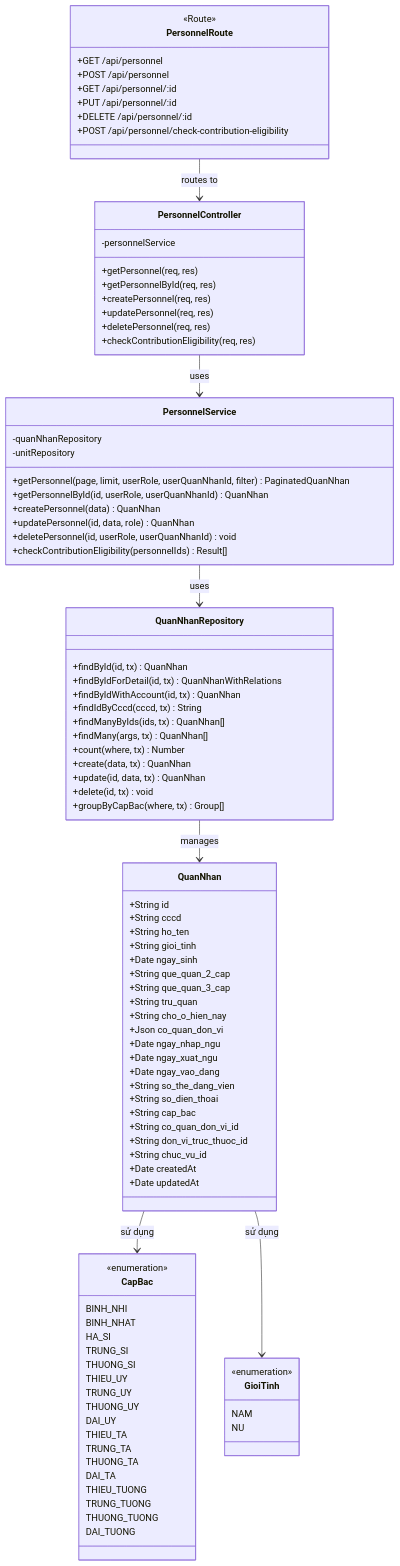
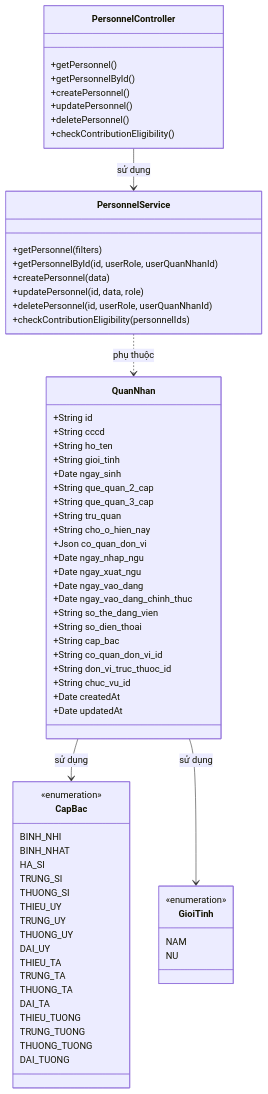
Before and after one commit to tranducbk/DATN_PM_QLKT: the first of 6 diagrams in docs/diagrams/04-class.md, drawn with Mermaid. The commit also changed other lines of this file and 123 other files, not shown here.

````diff
--- a/docs/diagrams/04-class.md
+++ b/docs/diagrams/04-class.md
@@ -22,6 +30,7 @@
         +Date ngay_nhap_ngu
         +Date ngay_xuat_ngu
         +Date ngay_vao_dang
+        +Date ngay_vao_dang_chinh_thuc
         +String so_the_dang_vien
         +String so_dien_thoai
         +String cap_bac
@@ -59,55 +68,26 @@
         NU
     }
 
-    class PersonnelRoute {
-        <<Route>>
-        +GET /api/personnel
-        +POST /api/personnel
-        +GET /api/personnel/:id
-        +PUT /api/personnel/:id
-        +DELETE /api/personnel/:id
-        +POST /api/personnel/check-contribution-eligibility
-    }
-
     class PersonnelController {
-        -personnelService
-        +getPersonnel(req, res)
-        +getPersonnelById(req, res)
-        +createPersonnel(req, res)
-        +updatePersonnel(req, res)
-        +deletePersonnel(req, res)
-        +checkContributionEligibility(req, res)
+        +getPersonnel()
+        +getPersonnelById()
+        +createPersonnel()
+        +updatePersonnel()
+        +deletePersonnel()
+        +checkContributionEligibility()
     }
 
     class PersonnelService {
-        -quanNhanRepository
-        -unitRepository
-        +getPersonnel(page, limit, userRole, userQuanNhanId, filter) PaginatedQuanNhan
-        +getPersonnelById(id, userRole, userQuanNhanId) QuanNhan
-        +createPersonnel(data) QuanNhan
-        +updatePersonnel(id, data, role) QuanNhan
-        +deletePersonnel(id, userRole, userQuanNhanId) void
-        +checkContributionEligibility(personnelIds) Result[]
-    }
-
-    class QuanNhanRepository {
-        +findById(id, tx) QuanNhan
-        +findByIdForDetail(id, tx) QuanNhanWithRelations
-        +findByIdWithAccount(id, tx) QuanNhan
-        +findIdByCccd(cccd, tx) String
-        +findManyByIds(ids, tx) QuanNhan[]
-        +findMany(args, tx) QuanNhan[]
-        +count(where, tx) Number
-        +create(data, tx) QuanNhan
-        +update(id, data, tx) QuanNhan
-        +delete(id, tx) void
-        +groupByCapBac(where, tx) Group[]
+        +getPersonnel(filters)
+        +getPersonnelById(id, userRole, userQuanNhanId)
+        +createPersonnel(data)
+        +updatePersonnel(id, data, role)
+        +deletePersonnel(id, userRole, userQuanNhanId)
+        +checkContributionEligibility(personnelIds)
     }
 
     QuanNhan --> CapBac : sử dụng
     QuanNhan --> GioiTinh : sử dụng
-    PersonnelRoute --> PersonnelController : routes to
-    PersonnelController --> PersonnelService : uses
-    PersonnelService --> QuanNhanRepository : uses
-    QuanNhanRepository --> QuanNhan : manages
+    PersonnelController --> PersonnelService : sử dụng
+    PersonnelService ..> QuanNhan : phụ thuộc
 ```
````
